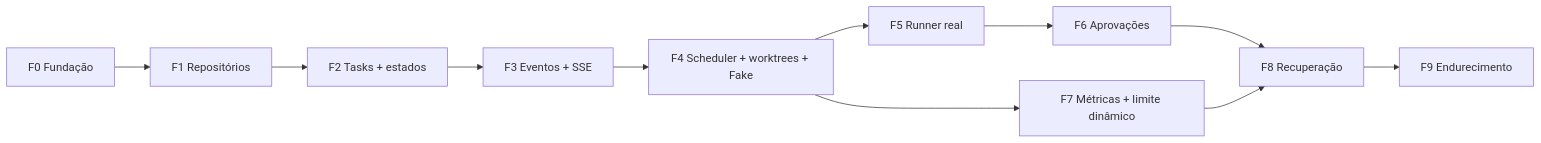
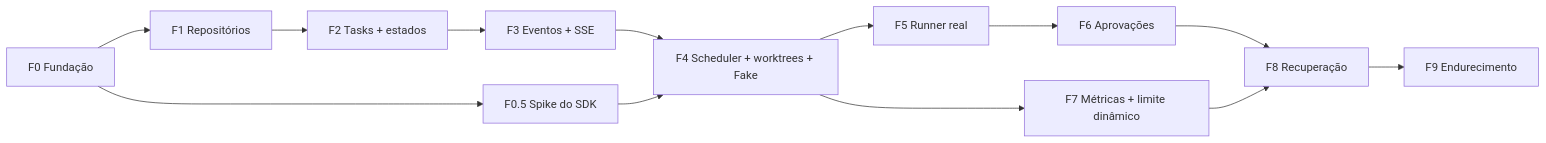
Before and after one commit to GuilhermeNairne/projeto-pessoal-backend: the fifth of 5 diagrams in docs/features/gerenciador-de-agentes-backend.md, drawn with Mermaid. The commit also changed other lines of this file, not shown here.

````diff
--- a/docs/features/gerenciador-de-agentes-backend.md
+++ b/docs/features/gerenciador-de-agentes-backend.md
@@ -1298,13 +1681,15 @@
 ```mermaid
 flowchart LR
     F0[F0 Fundação] --> F1[F1 Repositórios]
+    F0 --> F05[F0.5 Spike do SDK]
     F1 --> F2[F2 Tasks + estados]
     F2 --> F3[F3 Eventos + SSE]
     F3 --> F4[F4 Scheduler + worktrees + Fake]
+    F05 --> F4
     F4 --> F5[F5 Runner real]
     F5 --> F6[F6 Aprovações]
     F4 --> F7[F7 Métricas + limite dinâmico]
     F6 --> F8[F8 Recuperação]
     F7 --> F8
     F8 --> F9[F9 Endurecimento]
 ```
````
